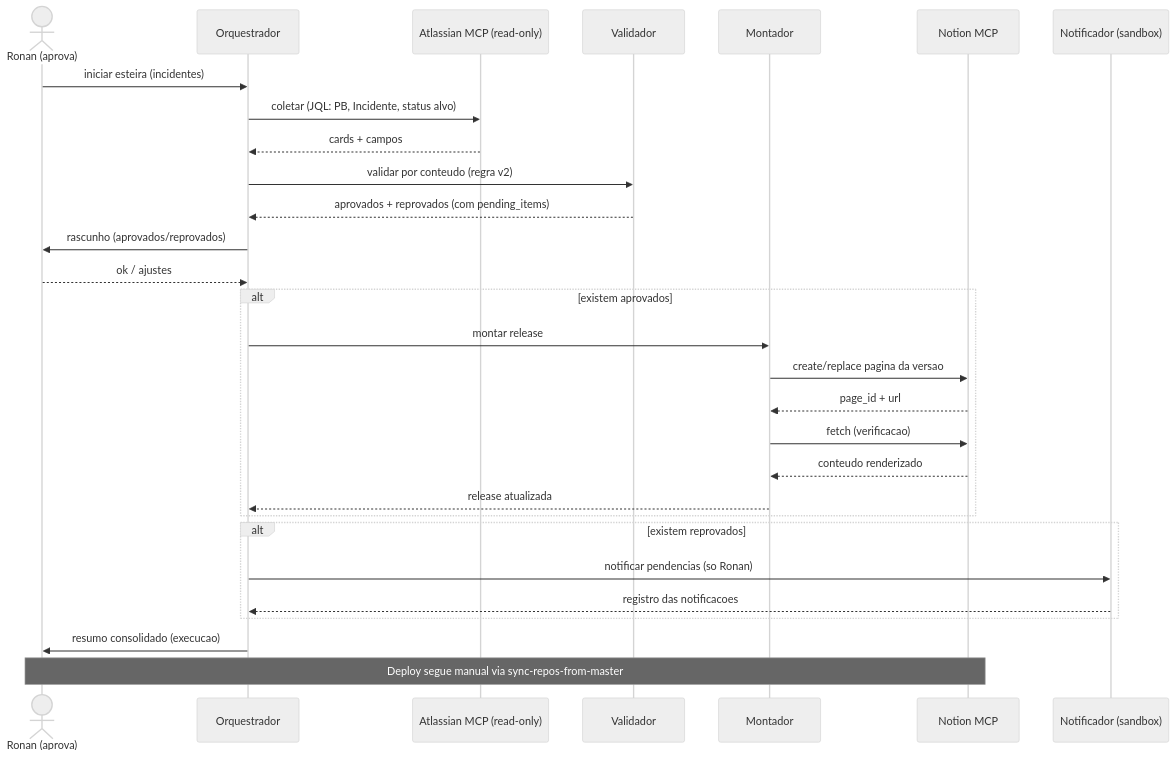
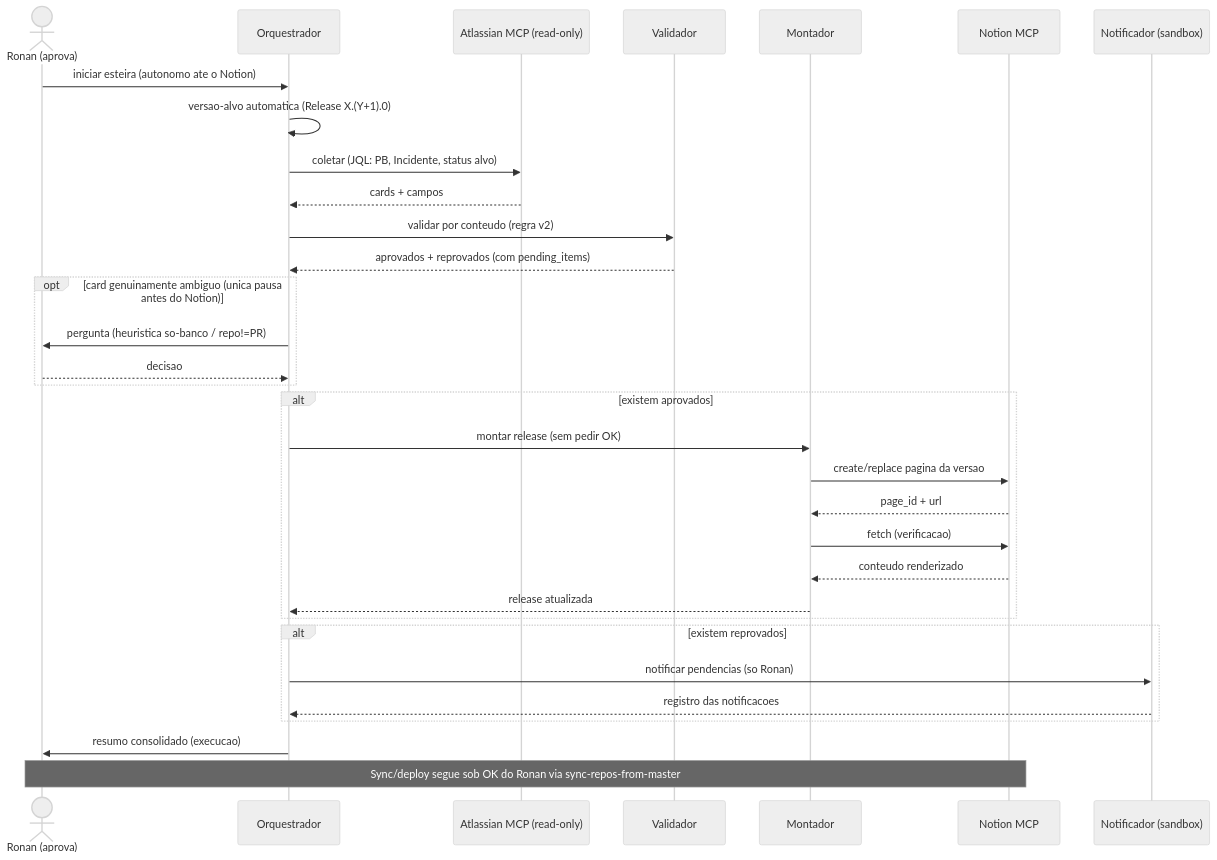
Before and after one commit to BertoRcsb/workflow-automation-management: the second of 2 diagrams in spec/spec.md, drawn with Mermaid (neutral theme). The commit also changed other lines of this file and 2 other files, not shown here.

First line of the commit message:
refactor(orquestrador): run pipeline autonomously through Notion doc

````diff
--- a/spec/spec.md
+++ b/spec/spec.md
@@ -119,32 +133,35 @@
 ```mermaid
 sequenceDiagram
     actor R as Ronan (aprova)
     participant O as Orquestrador
     participant J as Atlassian MCP (read-only)
     participant V as Validador
     participant M as Montador
     participant N as Notion MCP
     participant T as Notificador (sandbox)
 
-    R->>O: iniciar esteira (incidentes)
+    R->>O: iniciar esteira (autonomo ate o Notion)
+    O->>O: versao-alvo automatica (Release X.(Y+1).0)
     O->>J: coletar (JQL: PB, Incidente, status alvo)
     J-->>O: cards + campos
     O->>V: validar por conteudo (regra v2)
     V-->>O: aprovados + reprovados (com pending_items)
-    O->>R: rascunho (aprovados/reprovados)
-    R-->>O: ok / ajustes
+    opt card genuinamente ambiguo (unica pausa antes do Notion)
+        O->>R: pergunta (heuristica so-banco / repo!=PR)
+        R-->>O: decisao
+    end
     alt existem aprovados
-        O->>M: montar release
+        O->>M: montar release (sem pedir OK)
         M->>N: create/replace pagina da versao
         N-->>M: page_id + url
         M->>N: fetch (verificacao)
         N-->>M: conteudo renderizado
         M-->>O: release atualizada
     end
     alt existem reprovados
         O->>T: notificar pendencias (so Ronan)
         T-->>O: registro das notificacoes
     end
     O->>R: resumo consolidado (execucao)
-    Note over R,N: Deploy segue manual via sync-repos-from-master
+    Note over R,N: Sync/deploy segue sob OK do Ronan via sync-repos-from-master
 ```
````
